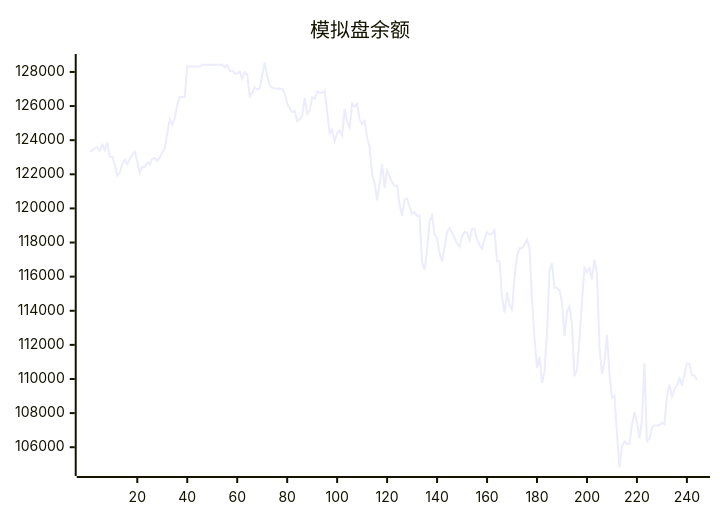
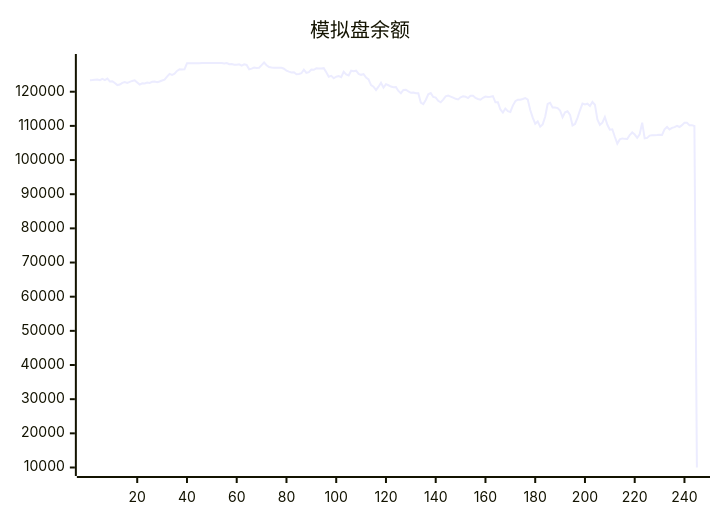
Before and after one commit to aahl/ai-trading: the diagram in README.md, drawn with Mermaid. The commit also changed other lines of this file and 1 other file, not shown here.

````diff
--- a/README.md
+++ b/README.md
@@ -5,5 +5,5 @@
 ```mermaid
 xychart
     title "模拟盘余额"
-    line [123338,123402,123530,123592,123378,123745,123413,123853,123009,123040,122557,121938,122095,122599,122856,122597,122898,123160,123319,122719,122087,122454,122416,122685,122592,122907,122961,122776,122981,123295,123507,124403,125224,124894,125303,126088,126544,126534,126549,128335,128318,128318,128318,128318,128318,128424,128424,128424,128424,128424,128424,128424,128424,128424,128247,128412,128062,128087,127917,127901,128026,127611,128000,127850,126572,126770,127100,126971,127029,127783,128554,127765,127224,127064,127044,127009,127025,127004,126738,126152,125871,125635,125707,125117,125217,125420,126480,125545,125715,126511,126424,126856,126764,126788,126890,125710,124381,124632,123936,124402,124574,124256,125833,125070,124739,126154,125966,126145,125213,124943,125143,124157,123604,121959,121476,120476,121470,122610,121201,122221,121889,121522,121332,121344,120232,119559,120513,120577,120108,119680,119777,119572,119568,116839,116392,117573,119250,119585,118469,118277,117338,116897,117706,118628,118849,118579,118280,117926,117735,118373,118639,118544,118136,118798,118819,118162,117874,117649,118215,118601,118463,118517,118713,116911,116899,114798,113887,115084,114313,114091,115934,117221,117658,117658,117883,118164,117693,114632,112403,110644,111313,109777,110444,112673,116419,116772,115355,115355,115198,114476,112510,113954,114276,113223,110151,110561,112361,114562,116522,116265,116500,115845,117000,116199,111887,110306,110942,112588,110318,108891,109011,106814,104811,106038,106327,106201,106180,107315,108068,107463,106528,107530,110941,106346,106482,107161,107268,107270,107302,107426,107340,108985,109681,108962,109404,109645,110030,109680,110214,110918,110897,110215,110212,109962]
+    line [123338,123402,123530,123592,123378,123745,123413,123853,123009,123040,122557,121938,122095,122599,122856,122597,122898,123160,123319,122719,122087,122454,122416,122685,122592,122907,122961,122776,122981,123295,123507,124403,125224,124894,125303,126088,126544,126534,126549,128335,128318,128318,128318,128318,128318,128424,128424,128424,128424,128424,128424,128424,128424,128424,128247,128412,128062,128087,127917,127901,128026,127611,128000,127850,126572,126770,127100,126971,127029,127783,128554,127765,127224,127064,127044,127009,127025,127004,126738,126152,125871,125635,125707,125117,125217,125420,126480,125545,125715,126511,126424,126856,126764,126788,126890,125710,124381,124632,123936,124402,124574,124256,125833,125070,124739,126154,125966,126145,125213,124943,125143,124157,123604,121959,121476,120476,121470,122610,121201,122221,121889,121522,121332,121344,120232,119559,120513,120577,120108,119680,119777,119572,119568,116839,116392,117573,119250,119585,118469,118277,117338,116897,117706,118628,118849,118579,118280,117926,117735,118373,118639,118544,118136,118798,118819,118162,117874,117649,118215,118601,118463,118517,118713,116911,116899,114798,113887,115084,114313,114091,115934,117221,117658,117658,117883,118164,117693,114632,112403,110644,111313,109777,110444,112673,116419,116772,115355,115355,115198,114476,112510,113954,114276,113223,110151,110561,112361,114562,116522,116265,116500,115845,117000,116199,111887,110306,110942,112588,110318,108891,109011,106814,104811,106038,106327,106201,106180,107315,108068,107463,106528,107530,110941,106346,106482,107161,107268,107270,107302,107426,107340,108985,109681,108962,109404,109645,110030,109680,110214,110918,110897,110215,110212,109962,10000]
 ```
````
